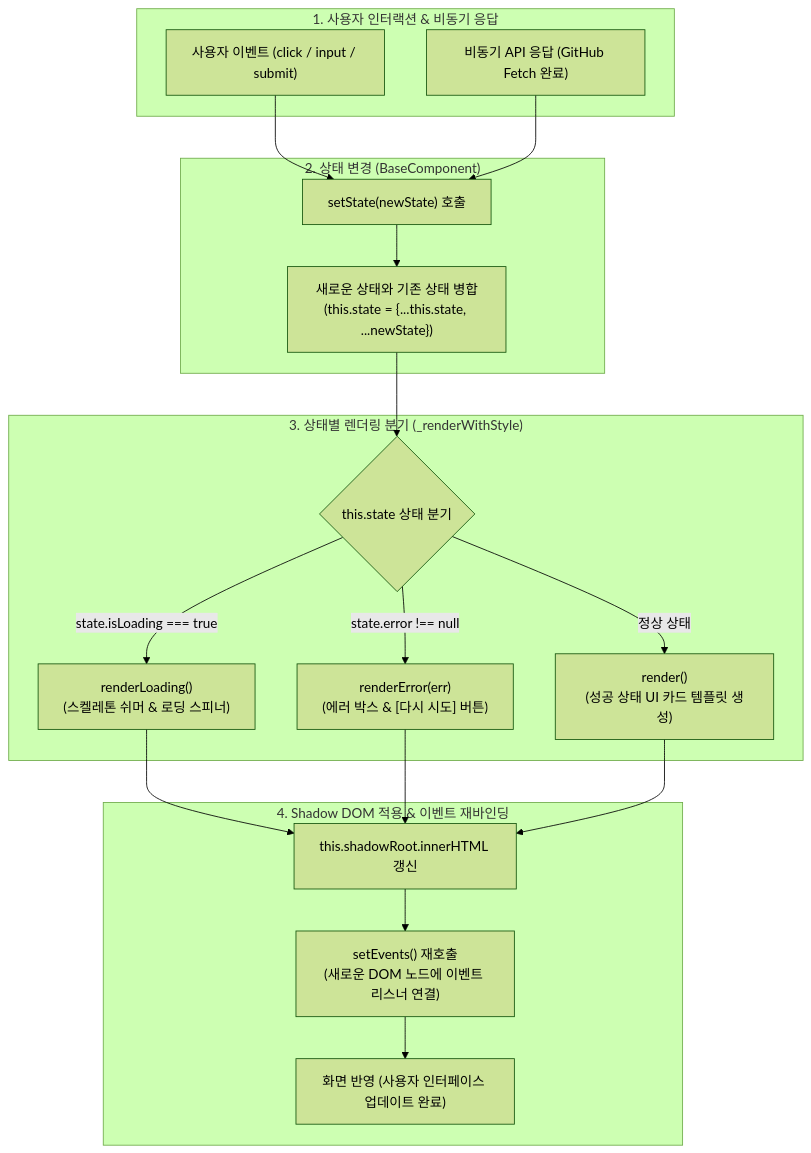
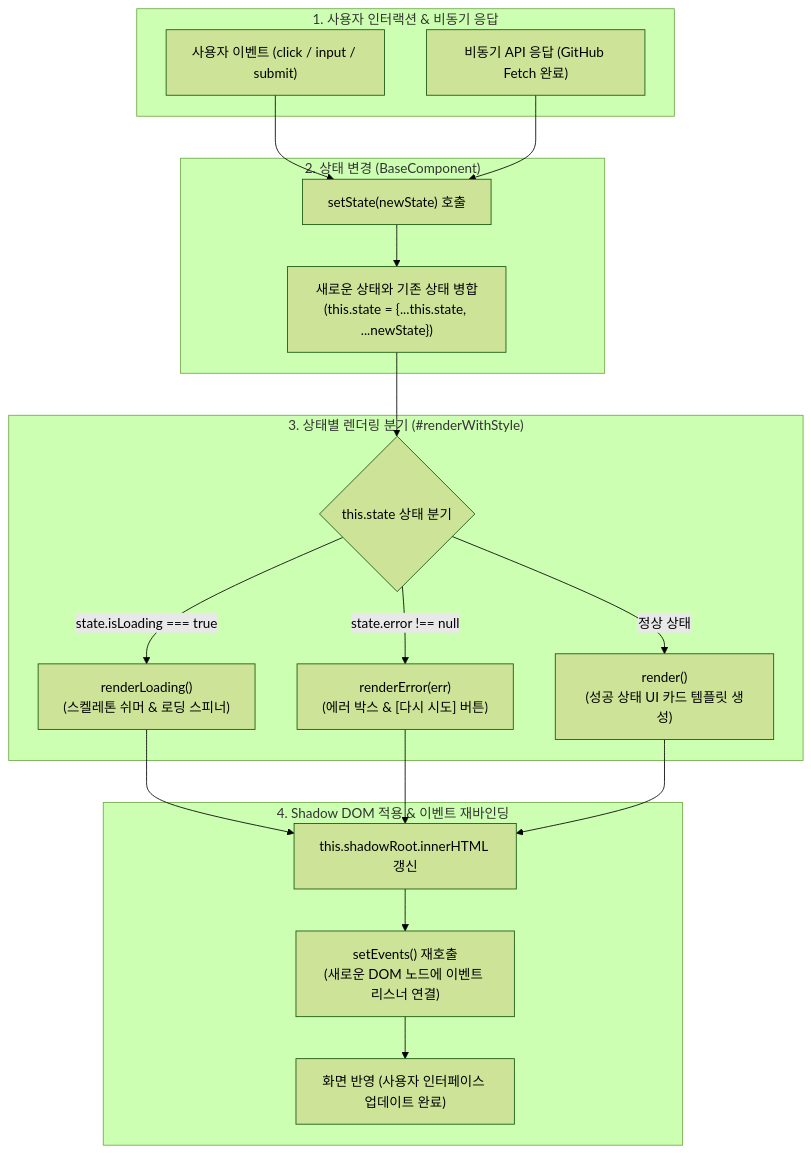
Before and after one commit to Yoonsik-Shin/codyssey-mission: the second of 2 diagrams in B1/1/README.md, drawn with Mermaid (forest theme). The commit also changed other lines of this file and 3 other files, not shown here.

````diff
--- a/B1/1/README.md
+++ b/B1/1/README.md
@@ -110,40 +110,40 @@
 ```mermaid
 flowchart TD
     subgraph Trigger["1. 사용자 인터랙션 & 비동기 응답"]
         E1["사용자 이벤트 (click / input / submit)"]
         E2["비동기 API 응답 (GitHub Fetch 완료)"]
     end
 
     subgraph StateUpdate["2. 상태 변경 (BaseComponent)"]
         S1["setState(newState) 호출"]
         S2["새로운 상태와 기존 상태 병합<br/>(this.state = {...this.state, ...newState})"]
     end
 
-    subgraph RenderEngine["3. 상태별 렌더링 분기 (_renderWithStyle)"]
+    subgraph RenderEngine["3. 상태별 렌더링 분기 (#renderWithStyle)"]
         C1{"this.state 상태 분기"}
         R1["renderLoading()<br/>(스켈레톤 쉬머 & 로딩 스피너)"]
         R2["renderError(err)<br/>(에러 박스 & [다시 시도] 버튼)"]
         R3["render()<br/>(성공 상태 UI 카드 템플릿 생성)"]
     end
 
     subgraph DOMUpdate["4. Shadow DOM 적용 & 이벤트 재바인딩"]
         D1["this.shadowRoot.innerHTML 갱신"]
         D2["setEvents() 재호출<br/>(새로운 DOM 노드에 이벤트 리스너 연결)"]
         D3["화면 반영 (사용자 인터페이스 업데이트 완료)"]
     end
 
     E1 --> S1
     E2 --> S1
     S1 --> S2
     S2 --> C1
 
     C1 -->|"state.isLoading === true"| R1
     C1 -->|"state.error !== null"| R2
     C1 -->|"정상 상태"| R3
 
     R1 --> D1
     R2 --> D1
     R3 --> D1
     D1 --> D2
     D2 --> D3
 ```
````
